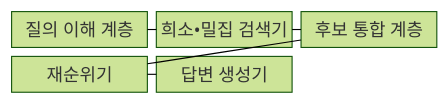
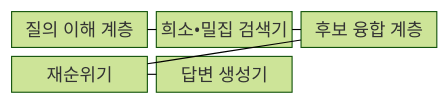
The first of 2 diagrams in src/content/docs/notes/08-latest-tech/086_ai_search.md (agnusdei1207/knowledge-base), drawn with Mermaid (forest theme) before and after one commit. The commit also changed other lines of this file and 493 other files, not shown here.

````diff
--- a/src/content/docs/notes/08-latest-tech/086_ai_search.md
+++ b/src/content/docs/notes/08-latest-tech/086_ai_search.md
@@ -66,13 +66,13 @@
 ```mermaid
 block-beta
   columns 3
   A["질의 이해 계층"]
   B["희소•밀집 검색기"]
-  C["후보 통합 계층"]
+  C["후보 융합 계층"]
   D["재순위기"]
   E["답변 생성기"]
   A --- B
   B --- C
   C --- D
   D --- E
 ```
````
